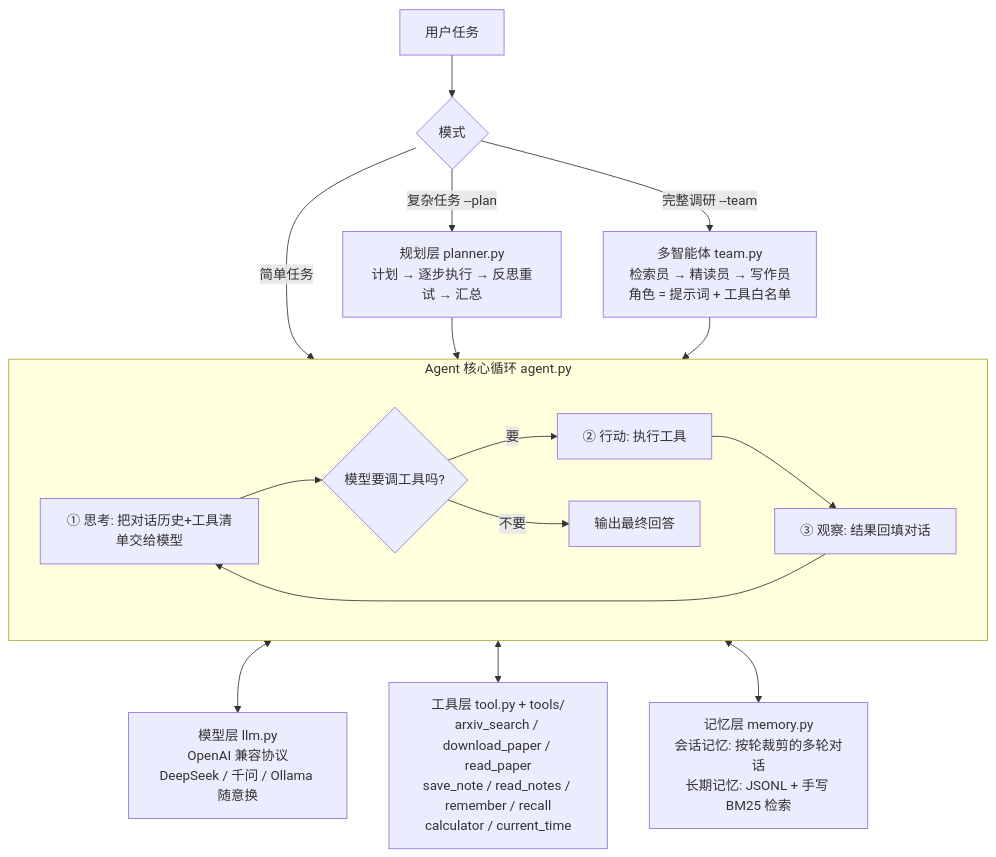
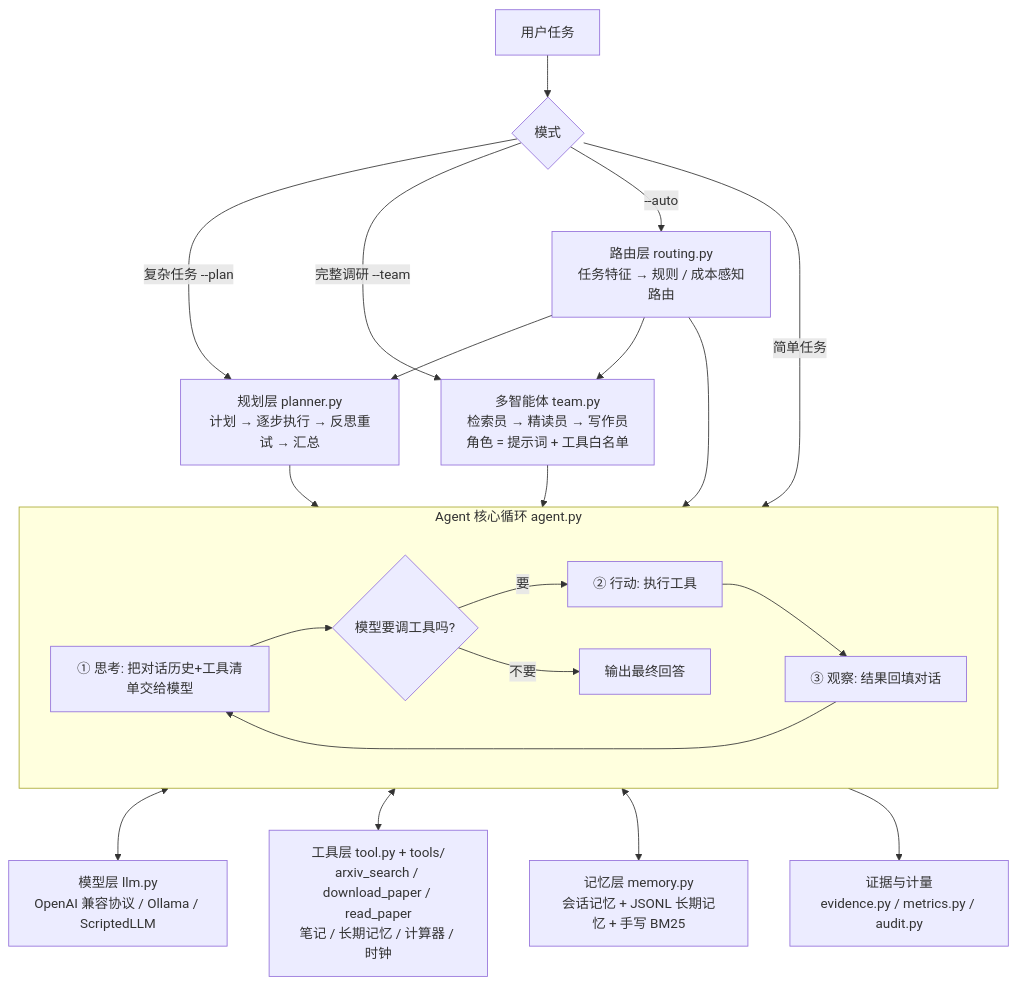
Before and after one commit to jian-in/ScholarAgent: the diagram in README.md, drawn with Mermaid. The commit also changed other lines of this file and 25 other files, not shown here.

````diff
--- a/README.md
+++ b/README.md
@@ -184,19 +63,22 @@
 ```mermaid
 flowchart TB
     U[用户任务] --> MODE{模式}
     MODE -- 简单任务 --> A
     MODE -- "复杂任务 --plan" --> P[规划层 planner.py<br>计划 → 逐步执行 → 反思重试 → 汇总]
     MODE -- "完整调研 --team" --> T[多智能体 team.py<br>检索员 → 精读员 → 写作员<br>角色 = 提示词 + 工具白名单]
+    MODE -- "--auto" --> R[路由层 routing.py<br>任务特征 → 规则 / 成本感知路由]
+    R --> A & P & T
     P --> A
     T --> A
 
     subgraph A[Agent 核心循环 agent.py]
         T1[① 思考: 把对话历史+工具清单交给模型] --> T2{模型要调工具吗?}
         T2 -- 要 --> T3[② 行动: 执行工具] --> T4[③ 观察: 结果回填对话] --> T1
         T2 -- 不要 --> DONE[输出最终回答]
     end
 
-    A <--> L[模型层 llm.py<br>OpenAI 兼容协议<br>DeepSeek / 千问 / Ollama 随意换]
-    A <--> R[工具层 tool.py + tools/<br>arxiv_search / download_paper / read_paper<br>save_note / read_notes / remember / recall<br>calculator / current_time]
-    A <--> M[记忆层 memory.py<br>会话记忆: 按轮裁剪的多轮对话<br>长期记忆: JSONL + 手写 BM25 检索]
+    A <--> L[模型层 llm.py<br>OpenAI 兼容协议 / Ollama / ScriptedLLM]
+    A <--> TL[工具层 tool.py + tools/<br>arxiv_search / download_paper / read_paper<br>笔记 / 长期记忆 / 计算器 / 时钟]
+    A <--> M[记忆层 memory.py<br>会话记忆 + JSONL 长期记忆 + 手写 BM25]
+    A --> E[证据与计量<br>evidence.py / metrics.py / audit.py]
 ```
````
